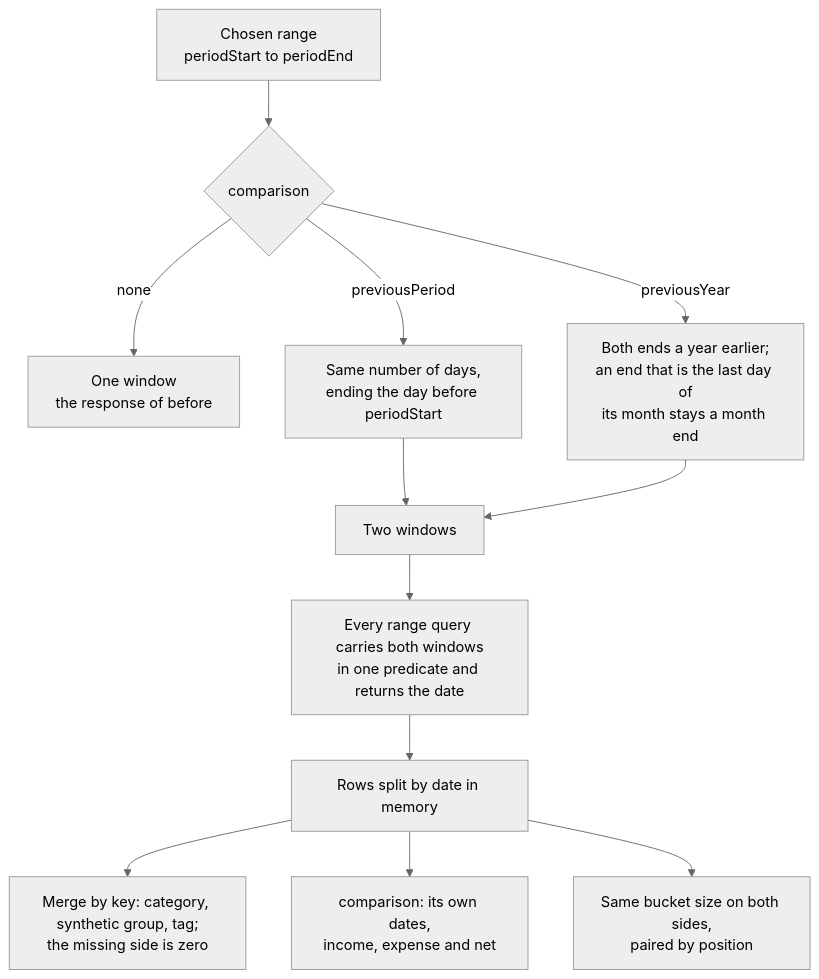
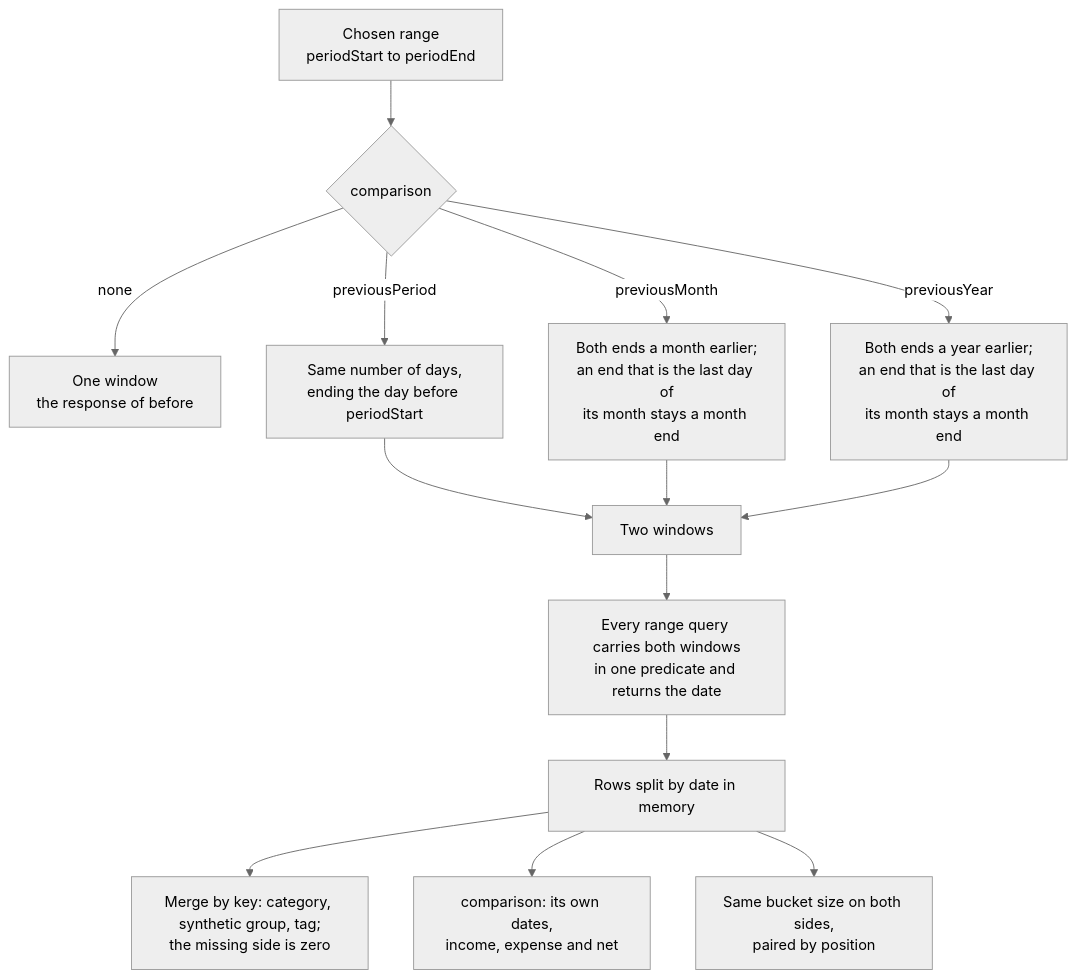
Before and after one commit to Justxs/Jx-Finance: the second of 2 diagrams in docs/features/reports.md, drawn with Mermaid (neutral theme). The commit also changed other lines of this file and 111 other files, not shown here.

````diff
--- a/docs/features/reports.md
+++ b/docs/features/reports.md
@@ -28,14 +28,16 @@
 ```mermaid
 flowchart TB
     Chosen["Chosen range<br/>periodStart to periodEnd"] --> Mode{"comparison"}
     Mode -->|"none"| Plain["One window<br/>the response of before"]
     Mode -->|"previousPeriod"| Prev["Same number of days,<br/>ending the day before periodStart"]
+    Mode -->|"previousMonth"| Month["Both ends a month earlier;<br/>an end that is the last day of<br/>its month stays a month end"]
     Mode -->|"previousYear"| Year["Both ends a year earlier;<br/>an end that is the last day of<br/>its month stays a month end"]
     Prev --> Two["Two windows"]
+    Month --> Two
     Year --> Two
     Two --> Query["Every range query carries both windows<br/>in one predicate and returns the date"]
     Query --> Split["Rows split by date in memory"]
     Split --> Merge["Merge by key: category, synthetic group, tag;<br/>the missing side is zero"]
     Split --> Totals["comparison: its own dates,<br/>income, expense and net"]
     Split --> Trend["Same bucket size on both sides,<br/>paired by position"]
 ```
````
